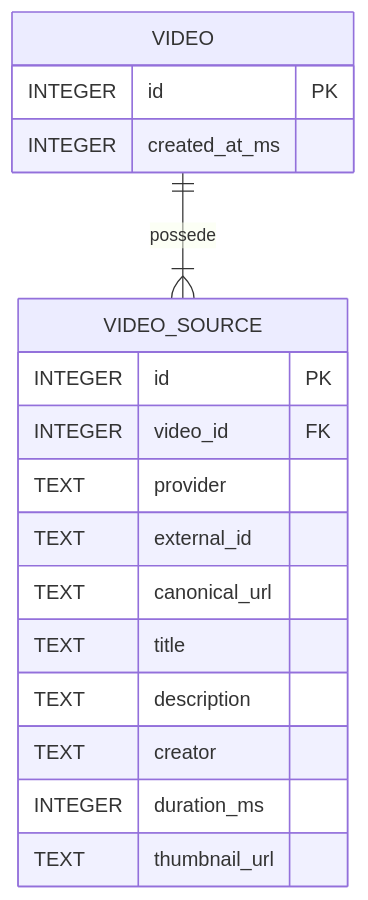
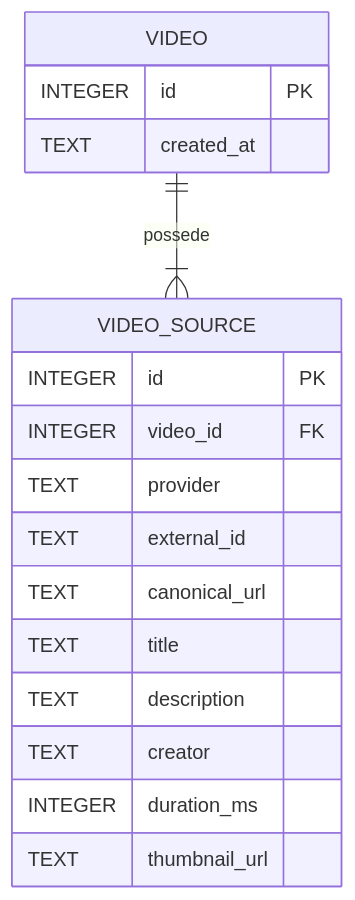
One commit to patrickbrouhard/sillage changed the first of 2 diagrams in README.md. Above: the diagram before and after it, drawn with Mermaid. The commit also changed other lines of this file and 4 other files, not shown here.

````diff
--- a/README.md
+++ b/README.md
@@ -103,22 +103,22 @@
 ```mermaid
 erDiagram
     VIDEO ||--|{ VIDEO_SOURCE : possede
 
     VIDEO {
         INTEGER id PK
-        INTEGER created_at_ms
+        TEXT created_at
     }
 
     VIDEO_SOURCE {
         INTEGER id PK
         INTEGER video_id FK
         TEXT provider
         TEXT external_id
         TEXT canonical_url
         TEXT title
         TEXT description
         TEXT creator
         INTEGER duration_ms
         TEXT thumbnail_url
     }
 ```
````
